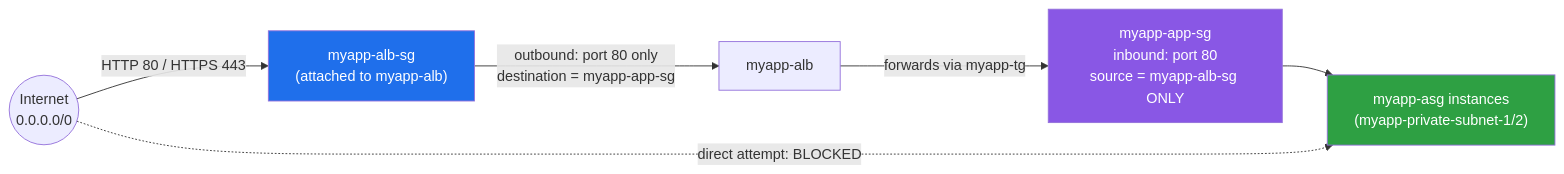
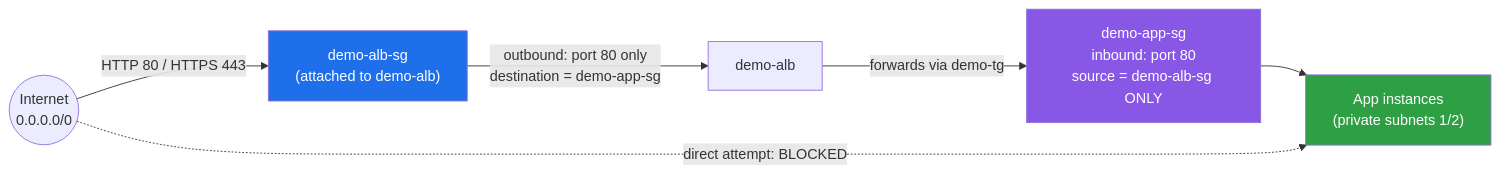
Before and after one commit to msdeepak052/AWS_Imp_Concepts: the diagram in EC2/LoadBalancer/04-LB-Security-Group-Design-HandsOn.md, drawn with Mermaid. The commit also changed other lines of this file and 66 other files, not shown here.

````diff
--- a/EC2/LoadBalancer/04-LB-Security-Group-Design-HandsOn.md
+++ b/EC2/LoadBalancer/04-LB-Security-Group-Design-HandsOn.md
@@ -89,13 +89,13 @@
 ```mermaid
 flowchart LR
-    INTERNET(("Internet<br/>0.0.0.0/0")) -->|"HTTP 80 / HTTPS 443"| ALBSG["myapp-alb-sg<br/>(attached to myapp-alb)"]
-    ALBSG -->|"outbound: port 80 only<br/>destination = myapp-app-sg"| ALB["myapp-alb"]
-    ALB -->|"forwards via myapp-tg"| APPSG["myapp-app-sg<br/>inbound: port 80<br/>source = myapp-alb-sg ONLY"]
-    APPSG --> INSTANCES["myapp-asg instances<br/>(myapp-private-subnet-1/2)"]
+    INTERNET(("Internet<br/>0.0.0.0/0")) -->|"HTTP 80 / HTTPS 443"| ALBSG["demo-alb-sg<br/>(attached to demo-alb)"]
+    ALBSG -->|"outbound: port 80 only<br/>destination = demo-app-sg"| ALB["demo-alb"]
+    ALB -->|"forwards via demo-tg"| APPSG["demo-app-sg<br/>inbound: port 80<br/>source = demo-alb-sg ONLY"]
+    APPSG --> INSTANCES["App instances<br/>(private subnets 1/2)"]
 
     INTERNET -.->|"direct attempt: BLOCKED"| INSTANCES
 
     style ALBSG fill:#1f6feb,color:#fff
     style APPSG fill:#8957e5,color:#fff
     style INSTANCES fill:#2ea043,color:#fff
 ```
````
